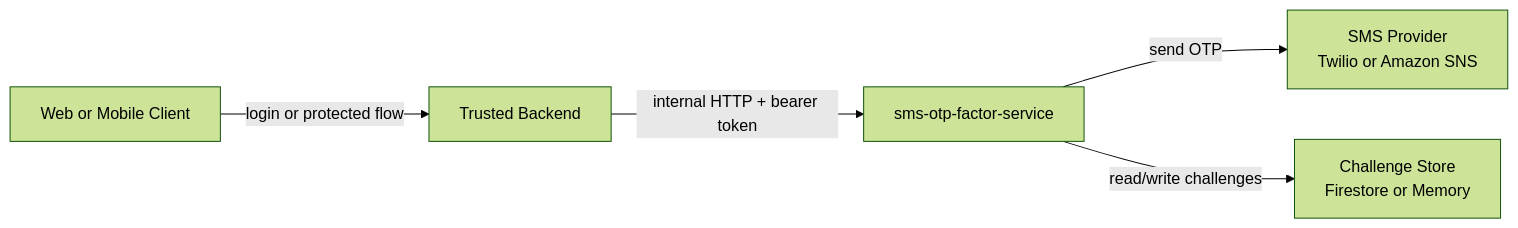
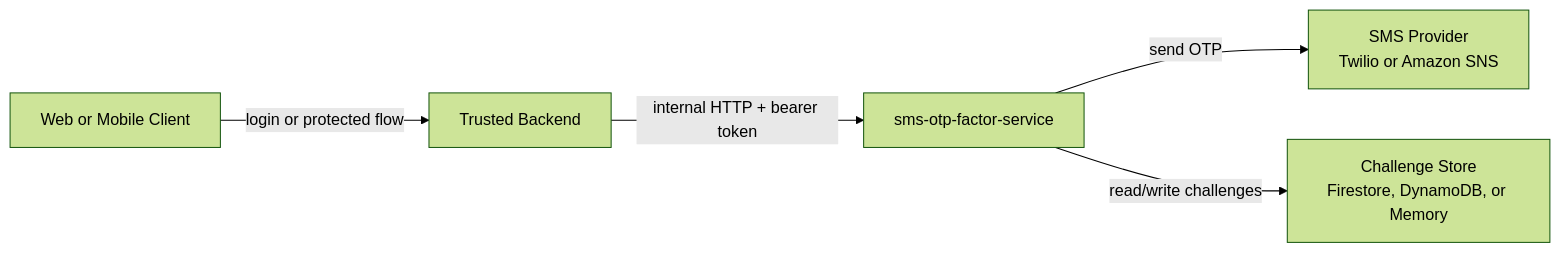
One commit to inceptionlabscorp/sms-otp-factor-service changed the first of 5 diagrams in docs/architecture.md. Above: the diagram before and after it, drawn with Mermaid (forest theme). The commit also changed other lines of this file and 14 other files, not shown here.

````diff
--- a/docs/architecture.md
+++ b/docs/architecture.md
@@ -57,13 +57,13 @@
 ```mermaid
 flowchart LR
   Client["Web or Mobile Client"]
   Backend["Trusted Backend"]
   Service["sms-otp-factor-service"]
   Provider["SMS Provider\nTwilio or Amazon SNS"]
-  Store["Challenge Store\nFirestore or Memory"]
+  Store["Challenge Store\nFirestore, DynamoDB, or Memory"]
 
   Client -->|"login or protected flow"| Backend
   Backend -->|"internal HTTP + bearer token"| Service
   Service -->|"send OTP"| Provider
   Service -->|"read/write challenges"| Store
 ```
````
